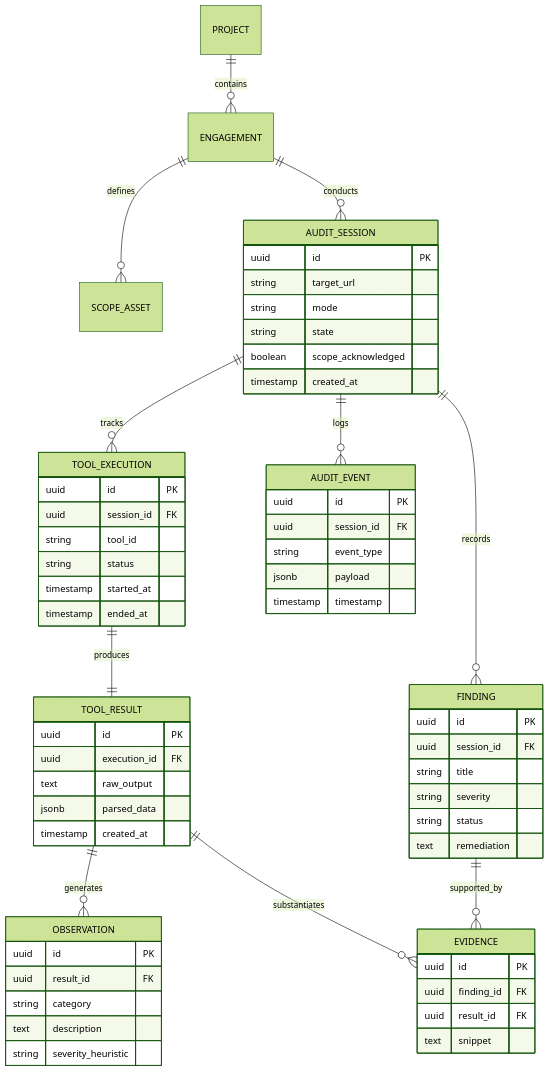
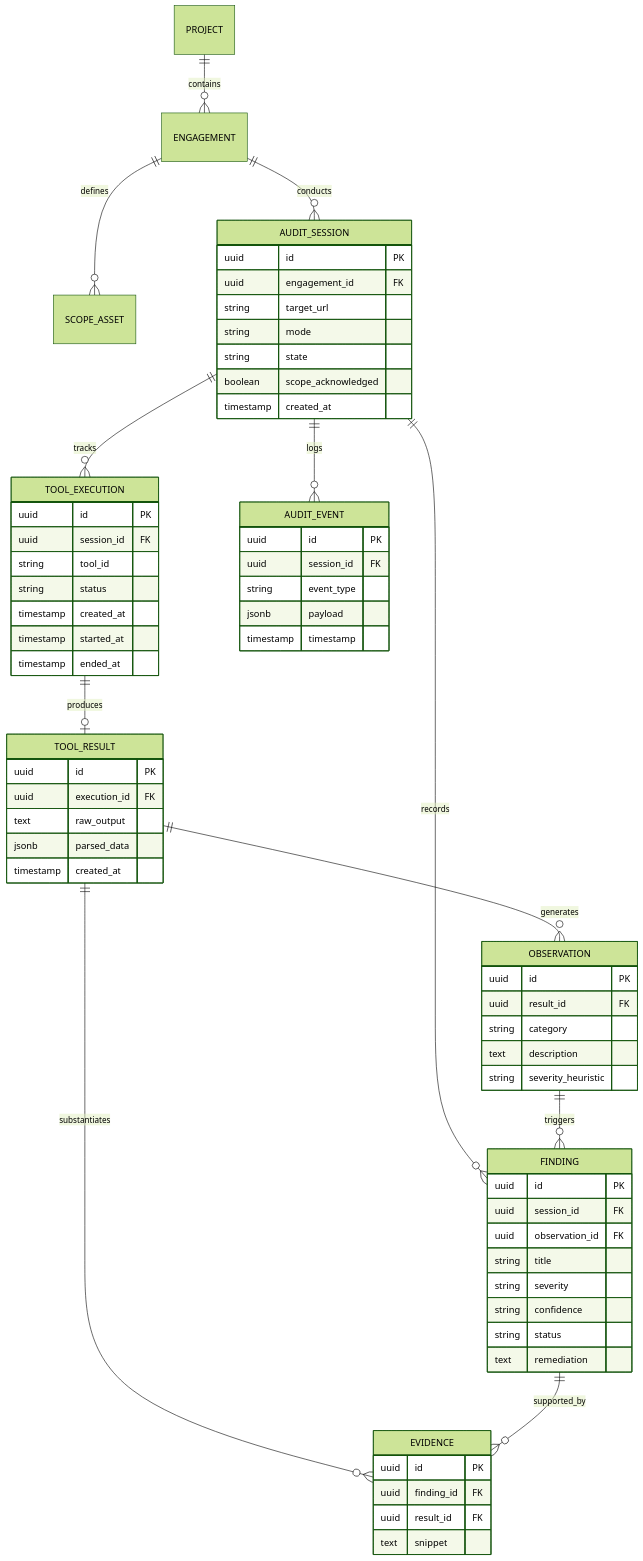
Before and after one commit to MarcencoDasuka/Ospysin: the diagram in docs/03-DOMAIN-MODEL.md, drawn with Mermaid (forest theme). The commit also changed other lines of this file and 19 other files, not shown here.

First line of the commit message:
docs: reconcile data model, api contracts, and architectural specifications

````diff
--- a/docs/03-DOMAIN-MODEL.md
+++ b/docs/03-DOMAIN-MODEL.md
@@ -85,71 +86,76 @@
 ```mermaid
 erDiagram
     PROJECT ||--o{ ENGAGEMENT : contains
     ENGAGEMENT ||--o{ SCOPE_ASSET : defines
     ENGAGEMENT ||--o{ AUDIT_SESSION : conducts
     AUDIT_SESSION ||--o{ TOOL_EXECUTION : tracks
-    TOOL_EXECUTION ||--|| TOOL_RESULT : produces
+    TOOL_EXECUTION ||--o| TOOL_RESULT : produces
     TOOL_RESULT ||--o{ OBSERVATION : generates
     TOOL_RESULT ||--o{ EVIDENCE : substantiates
     AUDIT_SESSION ||--o{ FINDING : records
+    OBSERVATION ||--o{ FINDING : triggers
     FINDING ||--o{ EVIDENCE : supported_by
     AUDIT_SESSION ||--o{ AUDIT_EVENT : logs
 
     AUDIT_SESSION {
         uuid id PK
+        uuid engagement_id FK
         string target_url
         string mode
         string state
         boolean scope_acknowledged
         timestamp created_at
     }
 
     TOOL_EXECUTION {
         uuid id PK
         uuid session_id FK
         string tool_id
         string status
+        timestamp created_at
         timestamp started_at
         timestamp ended_at
     }
 
     TOOL_RESULT {
         uuid id PK
         uuid execution_id FK
         text raw_output
         jsonb parsed_data
         timestamp created_at
     }
 
     OBSERVATION {
         uuid id PK
         uuid result_id FK
         string category
         text description
         string severity_heuristic
     }
 
     FINDING {
         uuid id PK
         uuid session_id FK
+        uuid observation_id FK
         string title
         string severity
+        string confidence
         string status
         text remediation
     }
 
     EVIDENCE {
         uuid id PK
         uuid finding_id FK
         uuid result_id FK
         text snippet
     }
 
     AUDIT_EVENT {
         uuid id PK
         uuid session_id FK
         string event_type
         jsonb payload
         timestamp timestamp
     }
 ```
````
